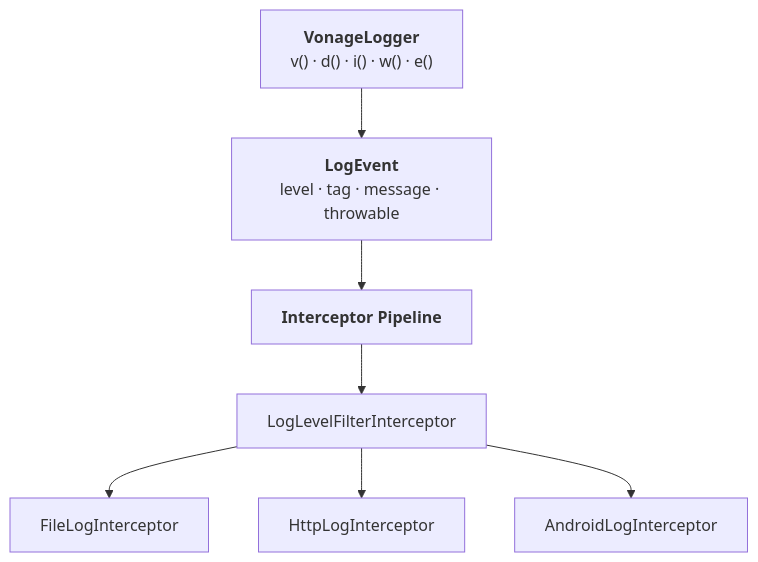
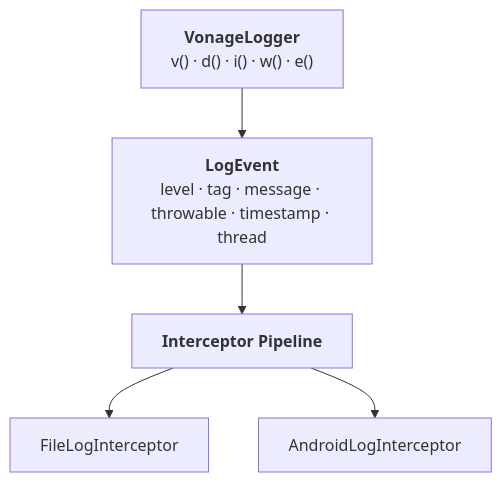
Before and after one commit to Vonage/vonage-video-android-app: the diagram in vonage-android-logger/README.md, drawn with Mermaid. The commit also changed other lines of this file and 2 other files, not shown here.

````diff
--- a/vonage-android-logger/README.md
+++ b/vonage-android-logger/README.md
@@ -7,17 +7,13 @@
 ```mermaid
 flowchart TD
     A["<b>VonageLogger</b><br/>v() · d() · i() · w() · e()"]
-    B["<b>LogEvent</b><br/>level · tag · message · throwable"]
+    B["<b>LogEvent</b><br/>level · tag · message · throwable · timestamp · thread"]
     C["<b>Interceptor Pipeline</b>"]
-    D["LogLevelFilterInterceptor"]
     E["FileLogInterceptor"]
-    F["HttpLogInterceptor"]
     G["AndroidLogInterceptor"]
 
     A --> B
     B --> C
-    C --> D
-    D --> E
-    D --> F
-    D --> G
+    C --> E
+    C --> G
 ```
````
